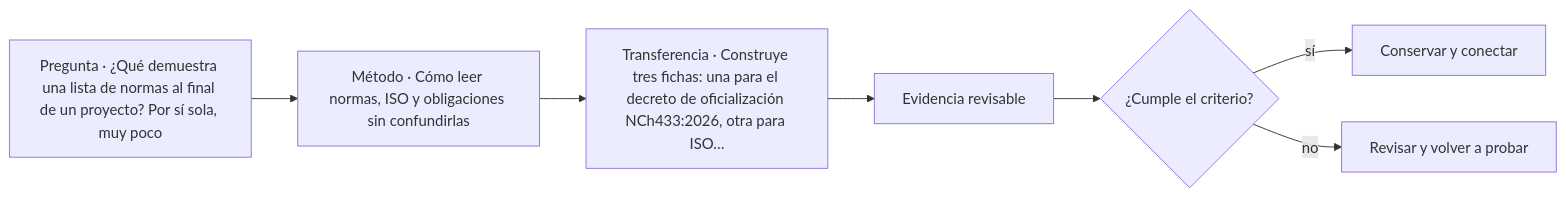
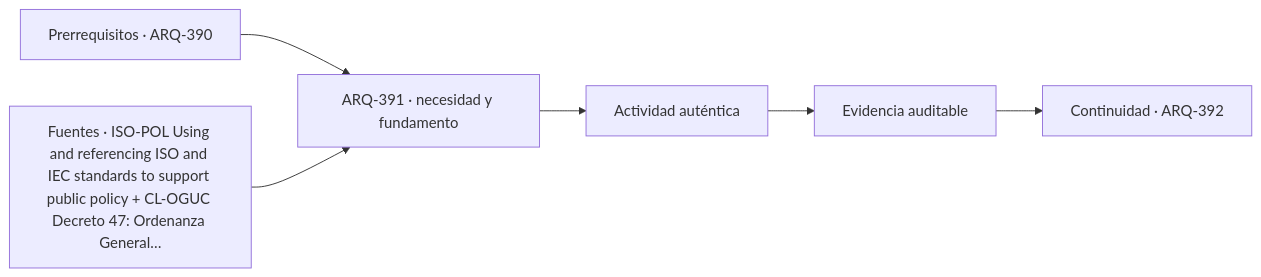
Before and after one commit to vladimiracunadev-create/architecture-built-environment-learning-program: the diagram in classes/parte-40/ARQ-391.md, drawn with Mermaid. The commit also changed other lines of this file and 761 other files, not shown here.

````diff
--- a/classes/parte-40/ARQ-391.md
+++ b/classes/parte-40/ARQ-391.md
@@ -123,9 +135,8 @@
 ```mermaid
 flowchart LR
-    Q["Pregunta · ¿Qué demuestra una lista de normas al final de un proyecto? Por sí sola, muy poco"] --> M["Método · Cómo leer normas, ISO y obligaciones sin confundirlas"]
-    M --> P["Transferencia · Construye tres fichas: una para el decreto de oficialización NCh433:2026, otra para ISO…"]
-    P --> E["Evidencia revisable"]
-    E --> C{"¿Cumple el criterio?"}
-    C -->|sí| T["Conservar y conectar"]
-    C -->|no| R["Revisar y volver a probar"]
+    A["Prerrequisitos · ARQ-390"] --> B["ARQ-391 · necesidad y fundamento"]
+    S["Fuentes · ISO-POL Using and referencing ISO and IEC standards to support public policy + CL-OGUC Decreto 47: Ordenanza General…"] --> B
+    B --> C["Actividad auténtica"]
+    C --> D["Evidencia auditable"]
+    D --> E["Continuidad · ARQ-392"]
 ```
````
